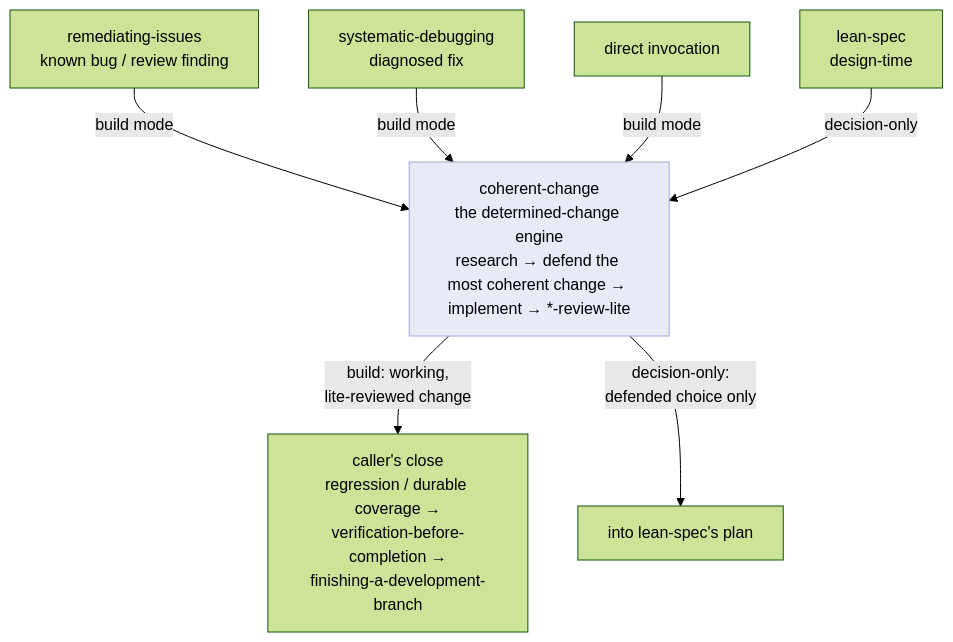
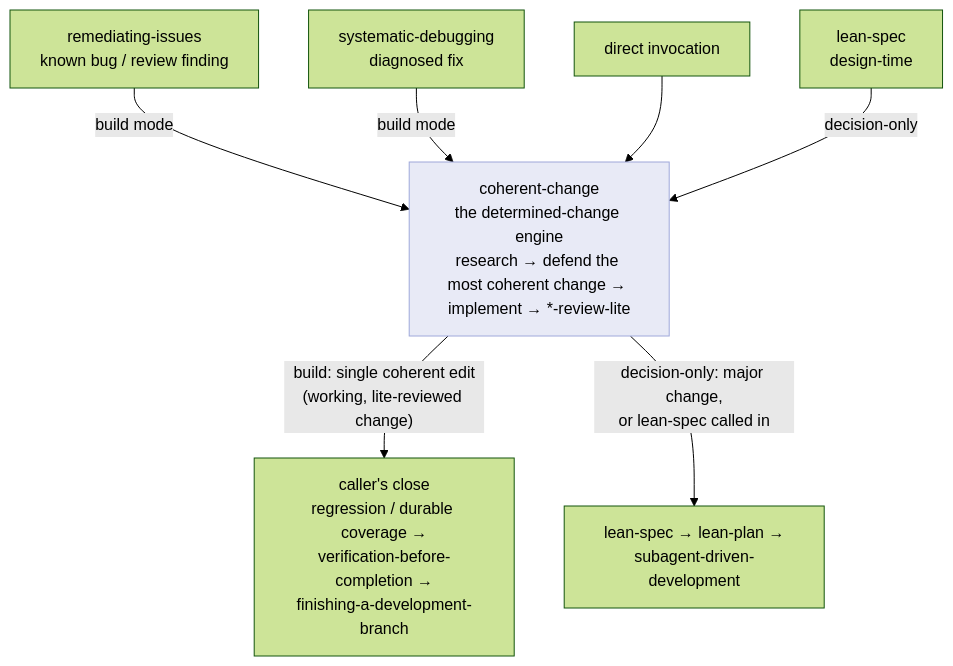
Before and after one commit to chris-santiago/claude-plugins: the diagram in chris-code/docs/explanation/the-pipeline.md, drawn with Mermaid (forest theme). The commit also changed other lines of this file and 16 other files, not shown here.

First line of the commit message:
Make coherent-change the universal application engine; wire discovery to it

````diff
--- a/chris-code/docs/explanation/the-pipeline.md
+++ b/chris-code/docs/explanation/the-pipeline.md
@@ -35,20 +35,20 @@
 ```mermaid
 flowchart TB
     rem["remediating-issues<br/>known bug / review finding"]
     dbg["systematic-debugging<br/>diagnosed fix"]
     direct["direct invocation"]
     spec["lean-spec<br/>design-time"]
 
     engine["coherent-change<br/>the determined-change engine<br/>research → defend the most coherent change → implement → *-review-lite"]
 
     rem -->|build mode| engine
     dbg -->|build mode| engine
-    direct -->|build mode| engine
+    direct --> engine
     spec -->|decision-only| engine
 
-    engine -->|"build: working,<br/>lite-reviewed change"| close["caller's close<br/>regression / durable coverage →<br/>verification-before-completion →<br/>finishing-a-development-branch"]
-    engine -->|"decision-only:<br/>defended choice only"| splan["into lean-spec's plan"]
+    engine -->|"build: single coherent edit<br/>(working, lite-reviewed change)"| close["caller's close<br/>regression / durable coverage →<br/>verification-before-completion →<br/>finishing-a-development-branch"]
+    engine -->|"decision-only: major change,<br/>or lean-spec called in"| splan["lean-spec → lean-plan →<br/>subagent-driven-development"]
 
     classDef eng fill:#e8eaf6,stroke:#9fa8da
     class engine eng
 ```
````
